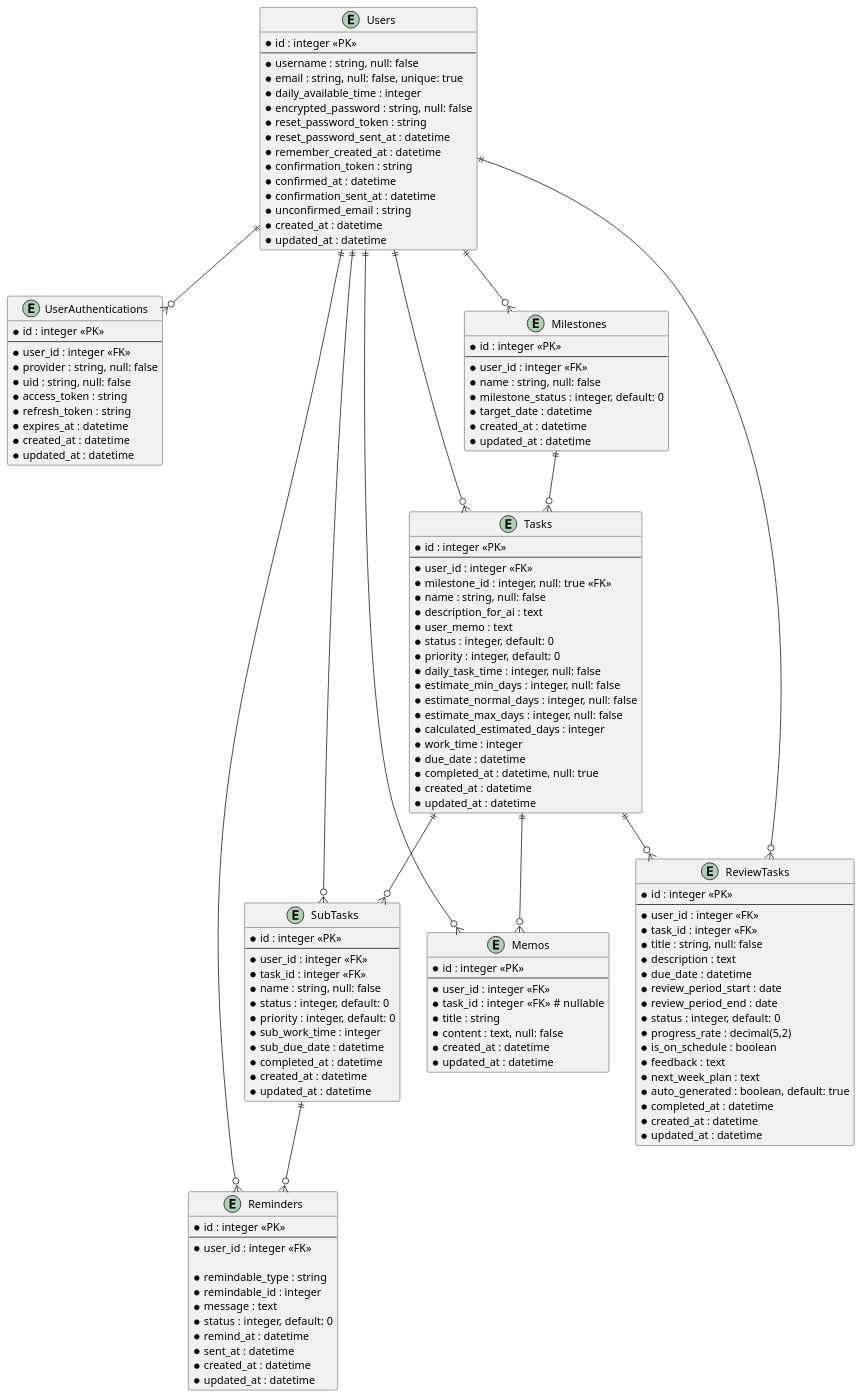
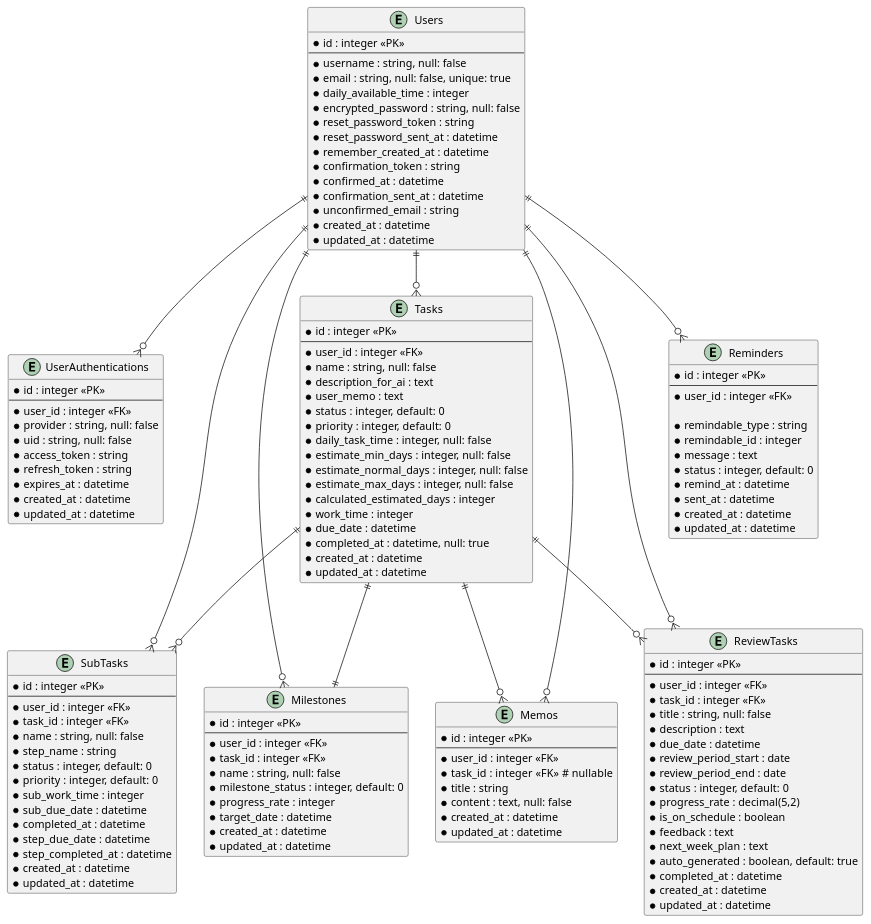
The diagram in er_diagram.puml (msmn-msmn/graduation_project_msmn), drawn with PlantUML before and after one commit.

Commit message:
ER図のブラッシュアップ完了

```diff
--- a/er_diagram.puml
+++ b/er_diagram.puml
@@ -1,144 +1,147 @@
 @startuml
  entity "Users" {
     *id : integer <<PK>>
     --
     *username : string, null: false
     *email : string, null: false, unique: true
     *daily_available_time : integer  /'1日の可処分時間'/
     *encrypted_password : string, null: false
 /'devise関連カラムここから'/      
     *reset_password_token : string  /'パスワードリセット時の一意識別トークン'/
     *reset_password_sent_at : datetime  /'パスワードリセットトークンの有効期限管理'/
     *remember_created_at : datetime  /'「ログイン状態を記憶する」機能の管理'/
     *confirmation_token : string  /'メール確認用の一意識別トークン'/
     *confirmed_at : datetime  /'メールアドレス確認が完了した日時を記録'/
     *confirmation_sent_at : datetime  /' 確認メールの送信日時を記録（有効期限管理・重複送信防止）'/
     *unconfirmed_email : string  /'メールアドレス変更時の新しいメールアドレスを一時保存'/
 /'devise関連カラムここまで'/  
     *created_at : datetime
     *updated_at : datetime
   }
 
   entity "UserAuthentications" {
     *id : integer <<PK>>
     --
     *user_id : integer <<FK>>
     *provider : string, null: false   /'認証プロバイダー'/
     *uid : string, null: false   /'ユーザー識別子'/
     *access_token : string   /'外部APIにアクセスするためのトークン'/
     *refresh_token : string   /'access_tokenが期限切れになった時に新しいトークンを取得'/
     *expires_at : datetime   /'認証有効期限'/
     *created_at : datetime
     *updated_at : datetime
   }
 
   entity "Tasks" {
     *id : integer <<PK>>
     --
     *user_id : integer <<FK>>
-    *milestone_id : integer, null: true <<FK>>
     *name : string, null: false
     *description_for_ai : text  /'AI用備考'/
     *user_memo : text
     *status : integer, default: 0   /'進行管理enum用'/
     *priority : integer, default: 0   /'表示優先順位enum用'/
     *daily_task_time : integer, null: false  /'1日のタスク時間'/
     *estimate_min_days : integer, null: false  /'完了見積最短'/
     *estimate_normal_days : integer, null: false  /'完了見積普通'/
     *estimate_max_days : integer, null: false  /'完了見積最大'/
     *calculated_estimated_days : integer  /'算出見積時間'/
     *work_time : integer  /'実際作業時間'/
     *due_date : datetime  /'タスクの締切日'/
     *completed_at : datetime, null: true  /'タスクの完了日'/
     *created_at : datetime
     *updated_at : datetime
   }
 
   entity "SubTasks" {
     *id : integer <<PK>>
     --
     *user_id : integer <<FK>>
     *task_id : integer <<FK>>
     *name : string, null: false
+    *step_name : string
     *status : integer, default: 0   /'進行管理enum用'/
     *priority : integer, default: 0   /'表示順位enum用'/
     *sub_work_time : integer  /'実際作業時間'/
     *sub_due_date : datetime  /'小タスクの締切日'/
     *completed_at : datetime  /'小タスクの完了日'/
+    *step_due_date : datetime  /'小タスクのステップの締切日'/
+    *step_completed_at : datetime  /'小タスクのステップの完了日'/
     *created_at : datetime
     *updated_at : datetime
   }
 
   entity "Reminders" {
      *id : integer <<PK>>
     --
     *user_id : integer <<FK>>
 　　/'ポリモーフィック関連系カラムここから'/
     *remindable_type : string  /'リマインド対象のモデル名'/
     *remindable_id : integer  /'リマインド対象のID'/
     /'ポリモーフィック関連系カラムここまで'/
     *message : text  /'通知本文'/
     *status : integer, default: 0  /'送信管理enum用'/
     *remind_at : datetime  /'通知日時'/
     *sent_at : datetime  /'送信日時'/
     *created_at : datetime
     *updated_at : datetime
   }
 
   entity "Milestones" {
     *id : integer <<PK>>
     --
     *user_id : integer <<FK>>
+    *task_id : integer <<FK>>
     *name : string, null: false
     *milestone_status : integer, default: 0   /'進行管理enum用'/
+    *progress_rate : integer  /'進捗率（%）'/
     *target_date : datetime   /'締切'/
     *created_at : datetime
     *updated_at : datetime
   }
 
   entity "Memos" {
     *id : integer <<PK>>
     --
     *user_id : integer <<FK>>
     *task_id : integer <<FK>>  # nullable
     *title : string
     *content : text, null: false
     *created_at : datetime
     *updated_at : datetime
   }
 
   entity "ReviewTasks" {  /'振り返りタスク'/
     *id : integer <<PK>>
     --
     *user_id : integer <<FK>>
     *task_id : integer <<FK>>
     *title : string, null: false
     *description : text
     *due_date : datetime   /'締切'/
     *review_period_start : date  /'レビュー対象期間開始'/
     *review_period_end : date  /'レビュー対象期間終了'/
     *status : integer, default: 0   /'進行管理enum用'/
     *progress_rate : decimal(5,2)  /'進捗率（%）'/
     *is_on_schedule : boolean   /'予定通りか'/
     *feedback : text  /'振り返り内容'/
     *next_week_plan : text  /'来週の計画'/
     *auto_generated : boolean, default: true  /'自動生成フラグ'/ 
     *completed_at : datetime  /'タスクの完了日'/
     *created_at : datetime
     *updated_at : datetime
   }
 
 
   Users ||--o{ UserAuthentications
   Users ||--o{ Tasks
   Users ||--o{ SubTasks
   Users ||--o{ Milestones
   Users ||--o{ ReviewTasks
   Users ||--o{ Memos
   Users ||--o{ Reminders
   Tasks ||--o{ SubTasks
+  Tasks ||--|| Milestones
   Tasks ||--o{ Memos
   Tasks ||--o{ ReviewTasks
-  SubTasks ||--o{ Reminders
-  Milestones ||--o{ Tasks
   @enduml
```
